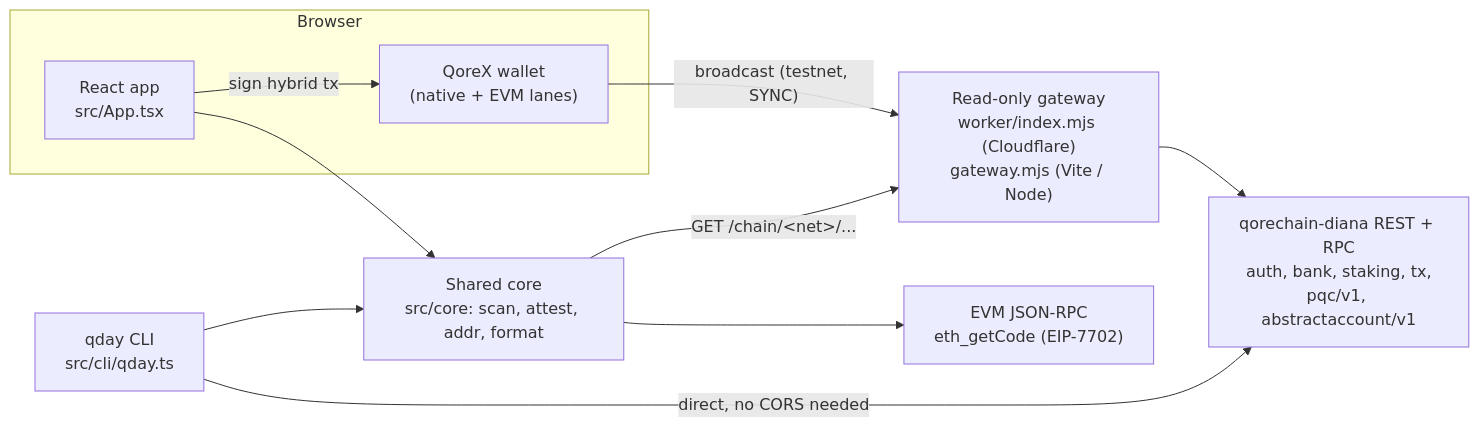
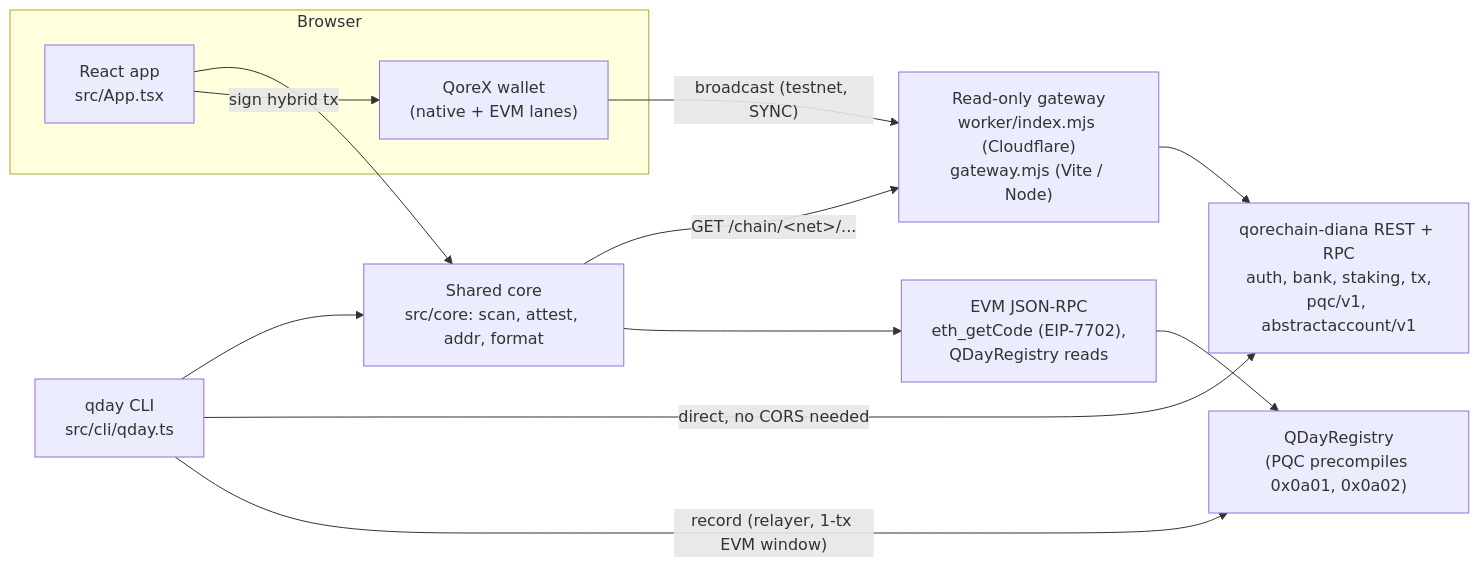
Before and after one commit to apeirs/qday-readiness: the diagram in README.md, drawn with Mermaid. The commit also changed other lines of this file and 18 other files, not shown here.

Commit message:
QDayRegistry on testnet: PQC-checked on-chain attestation record, Verify reads it; create-qorechain-dapp pinned as devDependency

````diff
--- a/README.md
+++ b/README.md
@@ -111,20 +145,23 @@
 ```mermaid
 flowchart LR
   subgraph Browser
     UI["React app<br/>src/App.tsx"]
     QX["QoreX wallet<br/>(native + EVM lanes)"]
   end
   CLI["qday CLI<br/>src/cli/qday.ts"]
   CORE["Shared core<br/>src/core: scan, attest, addr, format"]
   GW["Read-only gateway<br/>worker/index.mjs (Cloudflare)<br/>gateway.mjs (Vite / Node)"]
   REST["qorechain-diana REST + RPC<br/>auth, bank, staking, tx,<br/>pqc/v1, abstractaccount/v1"]
-  EVM["EVM JSON-RPC<br/>eth_getCode (EIP-7702)"]
+  EVM["EVM JSON-RPC<br/>eth_getCode (EIP-7702),<br/>QDayRegistry reads"]
+  REG["QDayRegistry<br/>(PQC precompiles 0x0a01, 0x0a02)"]
   UI --> CORE
   CLI --> CORE
   UI -- "sign hybrid tx" --> QX
   QX -- "broadcast (testnet, SYNC)" --> GW
   CORE -- "GET /chain/&lt;net&gt;/..." --> GW
   GW --> REST
   CORE --> EVM
   CLI -- "direct, no CORS needed" --> REST
+  CLI -- "record (relayer, 1-tx EVM window)" --> REG
+  EVM --> REG
 ```
````
